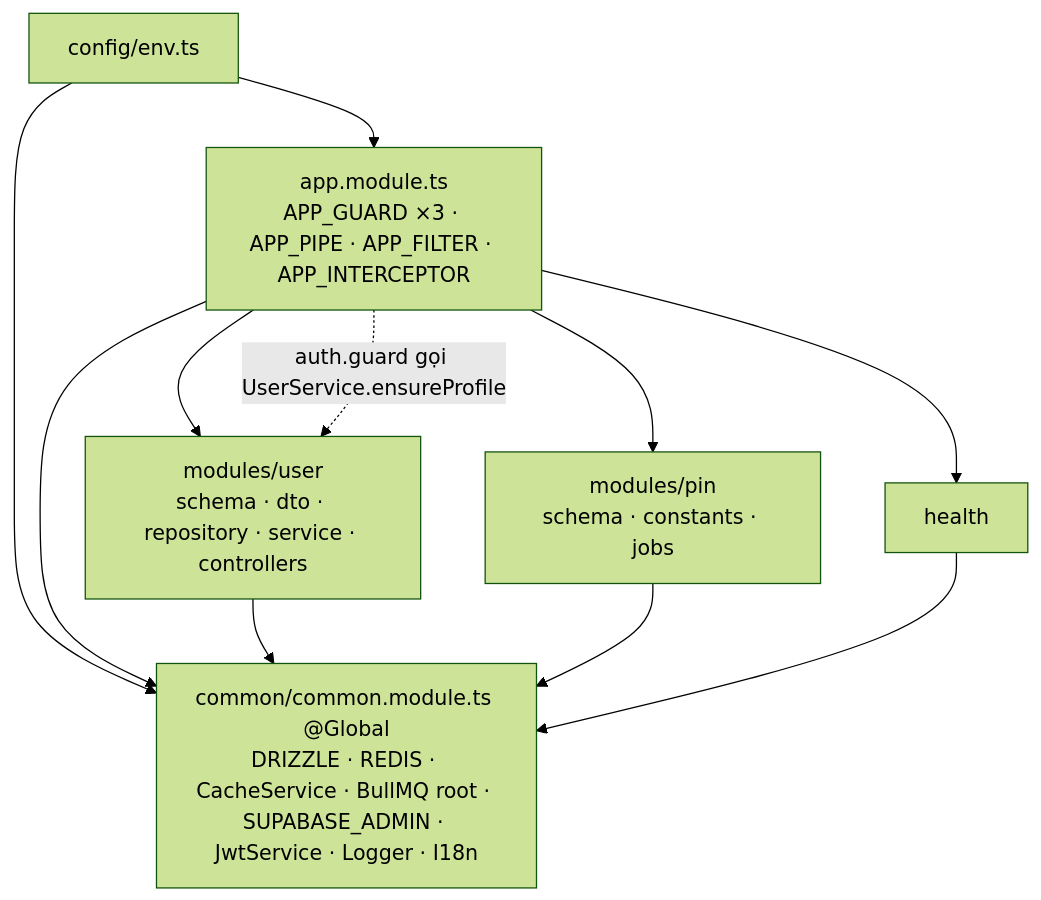
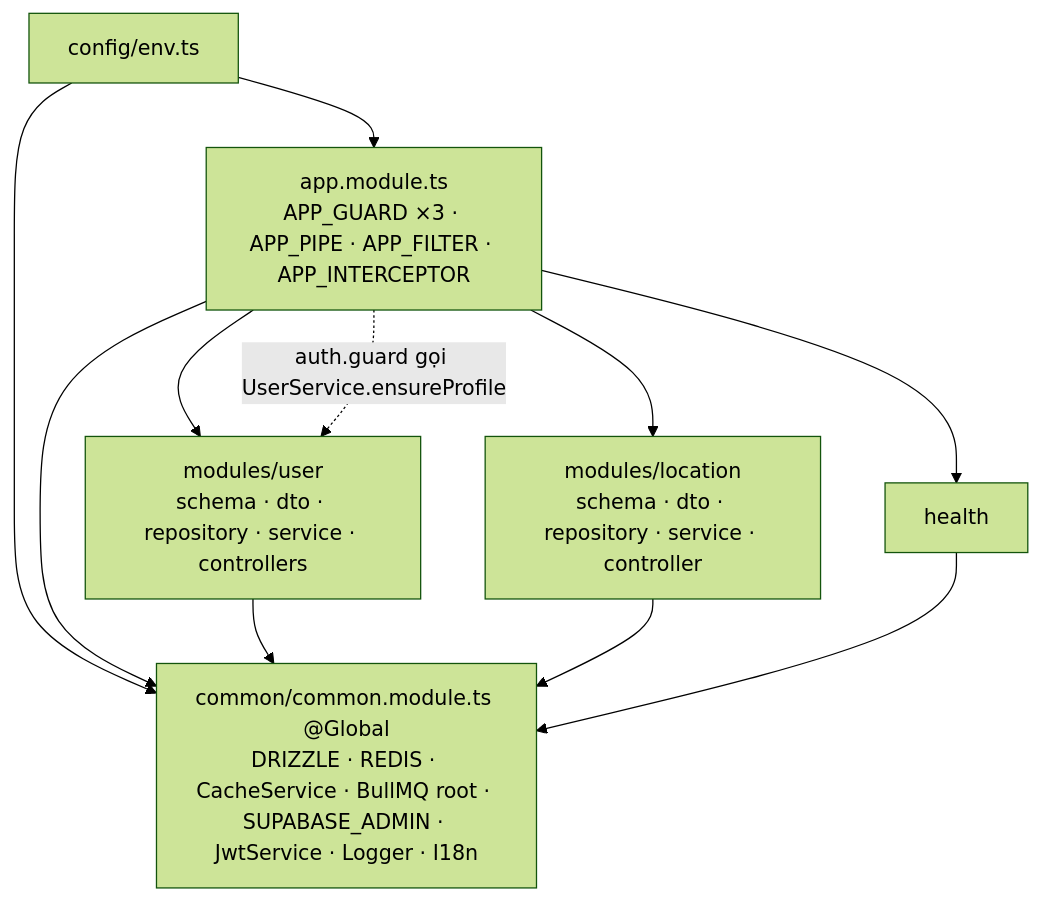
One commit to JasonEastar/nest-structure changed the fifth of 6 diagrams in docs/project-structure-and-flows.md. Above: the diagram before and after it, drawn with Mermaid (forest theme). The commit also changed 4 other files, not shown here.

````diff
--- a/docs/project-structure-and-flows.md
+++ b/docs/project-structure-and-flows.md
@@ -201,19 +201,19 @@
 ```mermaid
 flowchart TB
   APP["app.module.ts<br/>APP_GUARD ×3 · APP_PIPE · APP_FILTER · APP_INTERCEPTOR"]
   CM["common/common.module.ts @Global<br/>DRIZZLE · REDIS · CacheService · BullMQ root · SUPABASE_ADMIN · JwtService · Logger · I18n"]
   ENV["config/env.ts"]
   ID["modules/user<br/>schema · dto · repository · service · controllers"]
-  PIN["modules/pin<br/>schema · constants · jobs"]
+  LOC["modules/location<br/>schema · dto · repository · service · controller"]
   HL["health"]
   ENV --> CM
   ENV --> APP
   APP --> CM
   APP --> ID
-  APP --> PIN
+  APP --> LOC
   APP --> HL
   ID --> CM
-  PIN --> CM
+  LOC --> CM
   HL --> CM
   APP -. "auth.guard gọi UserService.ensureProfile" .-> ID
 ```
````
